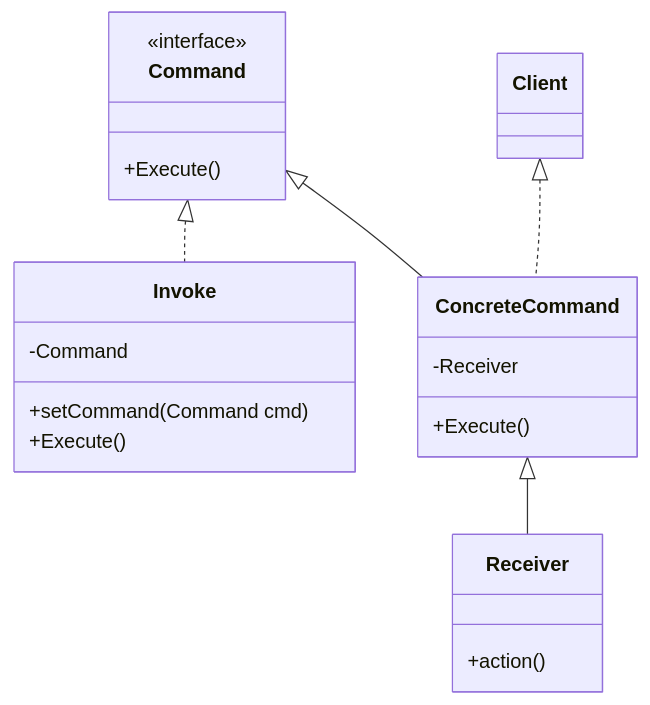
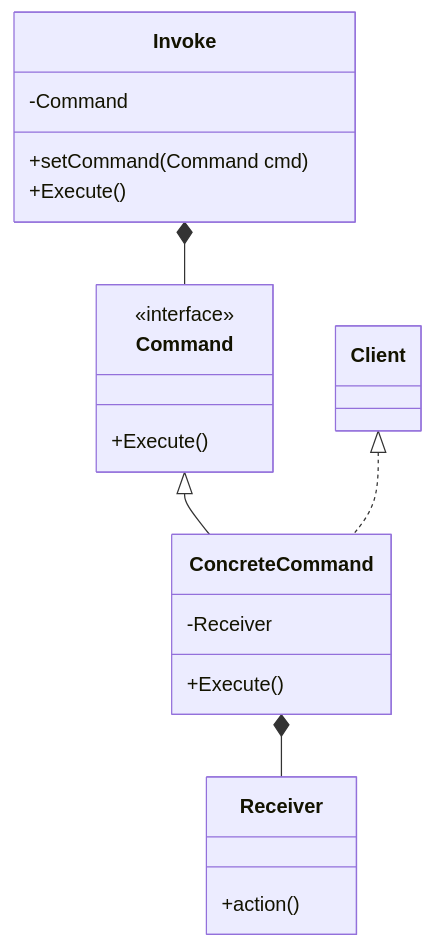
The diagram in BehavioralPatterns/Command/README.md (tungphan94/DesignPattern), drawn with Mermaid before and after one commit.

````diff
--- a/BehavioralPatterns/Command/README.md
+++ b/BehavioralPatterns/Command/README.md
@@ -5,26 +5,26 @@
 ```mermaid
 classDiagram
 
 class Invoke{
     -Command
     +setCommand(Command cmd)
     +Execute()
           }
 class Command {
           <<interface>>
           +Execute()
           }
 class ConcreteCommand {
           -Receiver
           +Execute()
           }
 class Receiver {
           +action()
           }
 class Client {
           }          
 Command  <|-- ConcreteCommand
-ConcreteCommand <|--Receiver
-Command  <|.. Invoke
+ConcreteCommand *--Receiver
+Invoke *-- Command
  Client    <|.. ConcreteCommand
 ```
````
